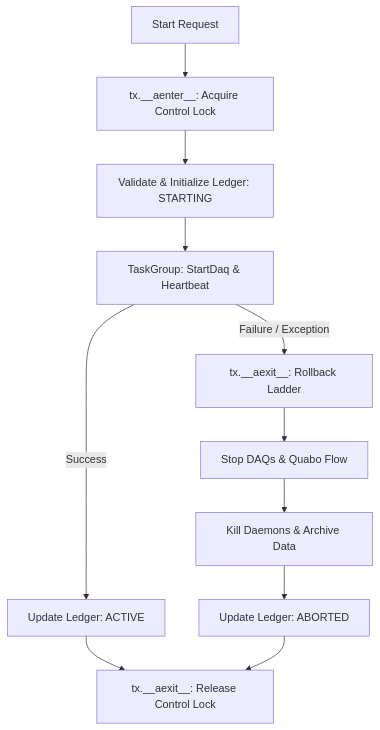
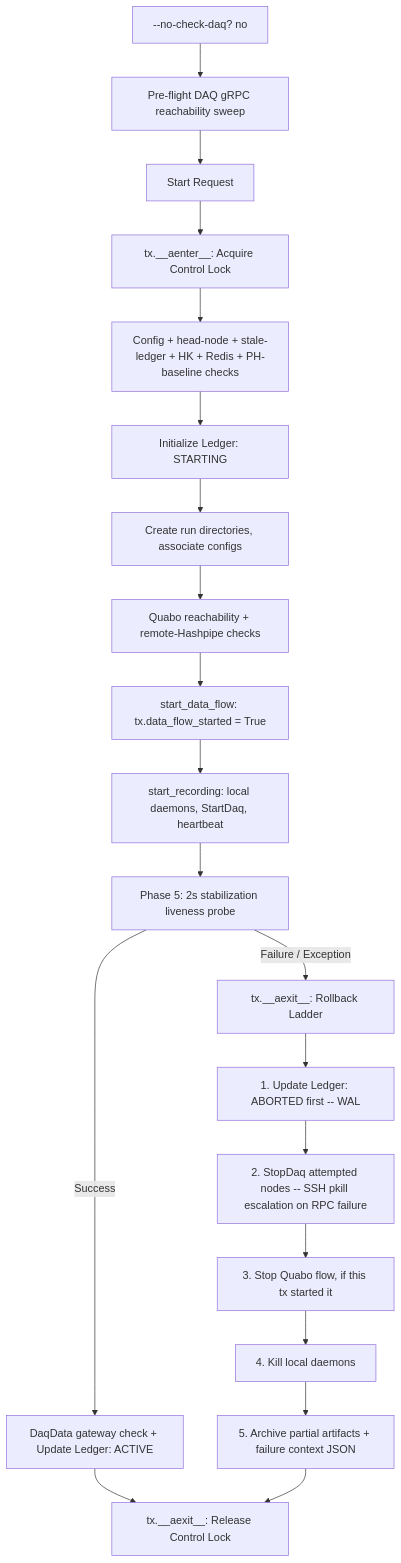
One commit to panoseti/panoseti changed the first of 4 diagrams in control/TRANSACTIONS.md. Above: the diagram before and after it, drawn with Mermaid. The commit also changed other lines of this file, not shown here.

````diff
--- a/control/TRANSACTIONS.md
+++ b/control/TRANSACTIONS.md
@@ -89,13 +131,21 @@
 ```mermaid
 flowchart TD
-    A[Start Request] --> B[tx.__aenter__: Acquire Control Lock]
-    B --> C[Validate & Initialize Ledger: STARTING]
-    C --> D[TaskGroup: StartDaq & Heartbeat]
-    D -- Success --> E[Update Ledger: ACTIVE]
+    Z[--no-check-daq? no] --> A0[Pre-flight DAQ gRPC reachability sweep]
+    A0 --> A[Start Request] --> B[tx.__aenter__: Acquire Control Lock]
+    B --> C0[Config + head-node + stale-ledger + HK + Redis + PH-baseline checks]
+    C0 --> C1[Initialize Ledger: STARTING]
+    C1 --> C2[Create run directories, associate configs]
+    C2 --> C3[Quabo reachability + remote-Hashpipe checks]
+    C3 --> D0[start_data_flow: tx.data_flow_started = True]
+    D0 --> D[start_recording: local daemons, StartDaq, heartbeat]
+    D --> D5[Phase 5: 2s stabilization liveness probe]
+    D5 -- Success --> E[DaqData gateway check + Update Ledger: ACTIVE]
     E --> F[tx.__aexit__: Release Control Lock]
-    D -- Failure / Exception --> G[tx.__aexit__: Rollback Ladder]
-    G --> H[Stop DAQs & Quabo Flow]
-    H --> I[Kill Daemons & Archive Data]
-    I --> J[Update Ledger: ABORTED]
-    J --> F
+    D5 -- Failure / Exception --> G[tx.__aexit__: Rollback Ladder]
+    G --> G1[1. Update Ledger: ABORTED first -- WAL]
+    G1 --> G2[2. StopDaq attempted nodes -- SSH pkill escalation on RPC failure]
+    G2 --> G3[3. Stop Quabo flow, if this tx started it]
+    G3 --> G4[4. Kill local daemons]
+    G4 --> G5[5. Archive partial artifacts + failure context JSON]
+    G5 --> F
 ```
````
